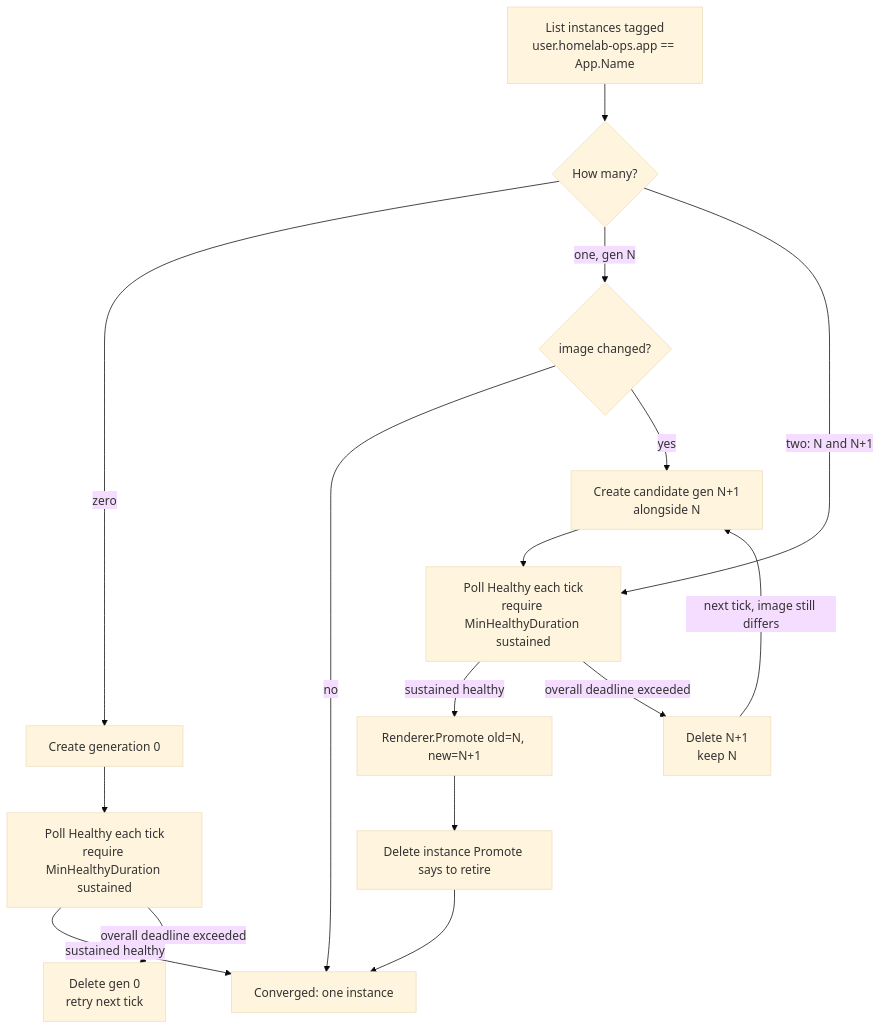
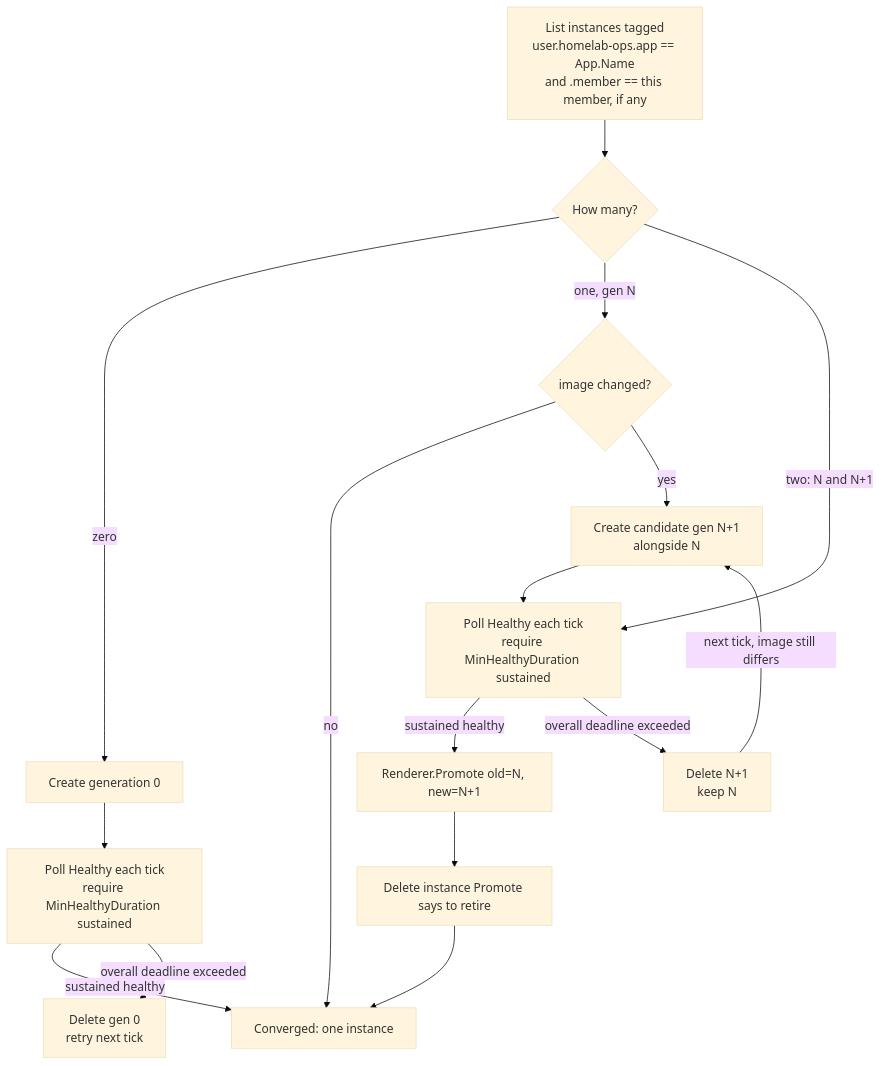
Before and after one commit to ehharvey/homelab-ops: the first of 2 diagrams in docs/AppManager.md, drawn with Mermaid (base theme). The commit also changed other lines of this file and 4 other files, not shown here.

````diff
--- a/docs/AppManager.md
+++ b/docs/AppManager.md
@@ -99,18 +118,18 @@
 ```mermaid
 flowchart TD
-    A[List instances tagged<br/>user.homelab-ops.app == App.Name] --> B{How many?}
+    A[List instances tagged<br/>user.homelab-ops.app == App.Name<br/>and .member == this member, if any] --> B{How many?}
     B -->|zero| C[Create generation 0]
     C --> D[Poll Healthy each tick<br/>require MinHealthyDuration sustained]
     D -->|sustained healthy| E[Converged: one instance]
     D -->|overall deadline exceeded| F[Delete gen 0<br/>retry next tick]
     B -->|one, gen N| G{image changed?}
     G -->|no| E
     G -->|yes| H[Create candidate gen N+1<br/>alongside N]
     H --> I[Poll Healthy each tick<br/>require MinHealthyDuration sustained]
     B -->|two: N and N+1| I
     I -->|sustained healthy| J[Renderer.Promote old=N, new=N+1]
     J --> K[Delete instance Promote says to retire]
     K --> E
     I -->|overall deadline exceeded| L[Delete N+1<br/>keep N]
     L -->|next tick, image still differs| H
 ```
````
